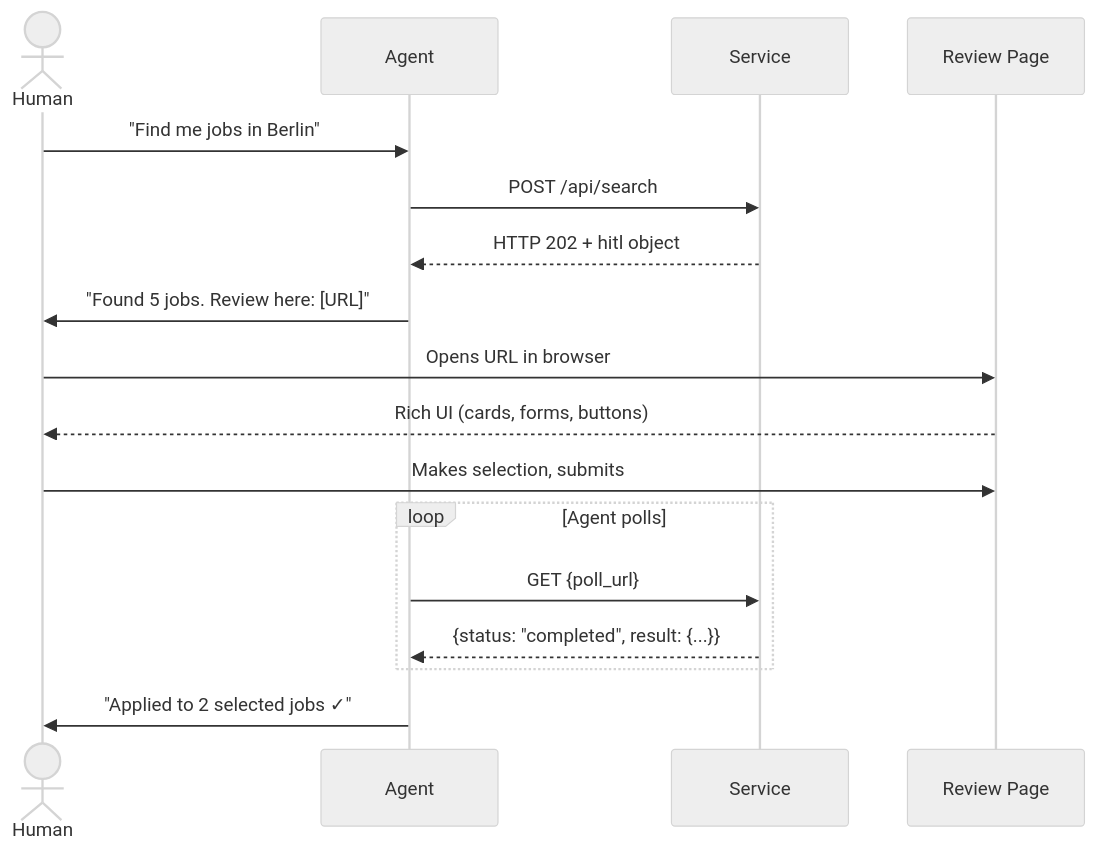
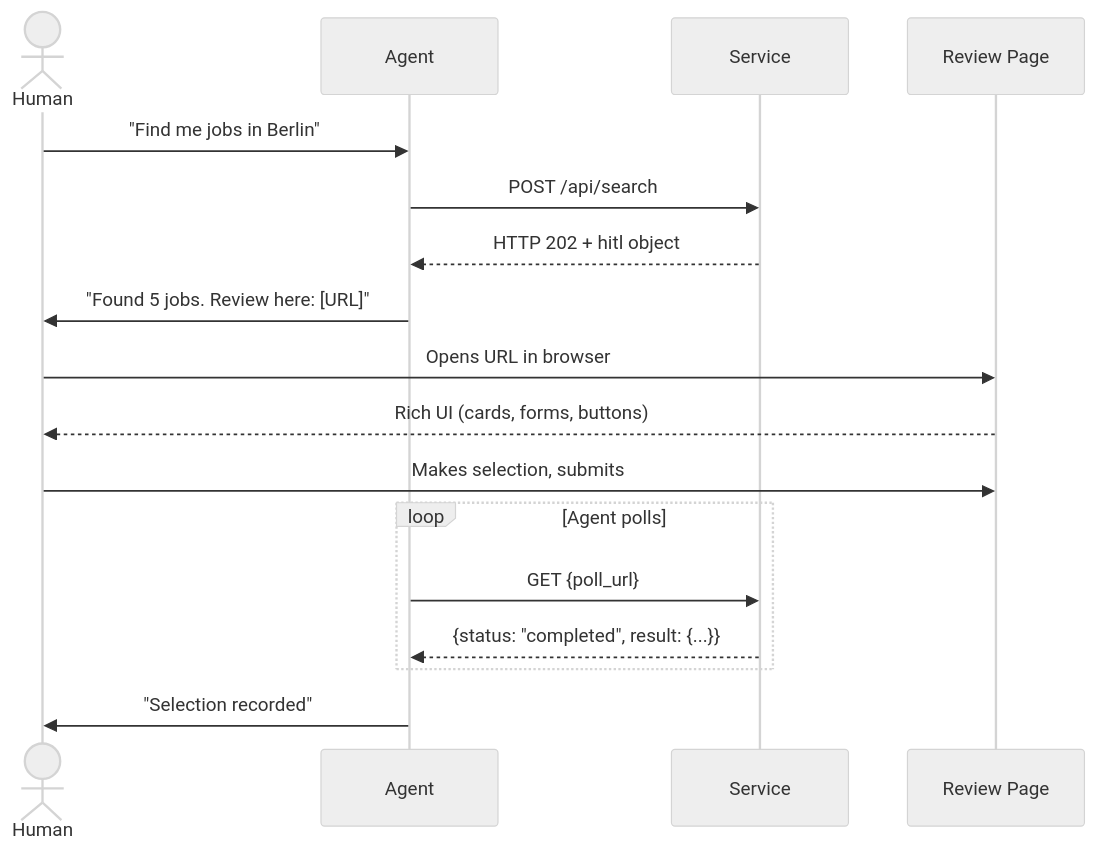
The first of 2 diagrams in README.md (rotorstar/hitl-protocol), drawn with Mermaid (neutral theme) before and after one commit. The commit also changed other lines of this file and 190 other files, not shown here.

````diff
--- a/README.md
+++ b/README.md
@@ -81,20 +85,20 @@
 ```mermaid
 sequenceDiagram
     actor H as Human
     participant A as Agent
     participant S as Service
     participant P as Review Page
 
     H->>A: "Find me jobs in Berlin"
     A->>S: POST /api/search
     S-->>A: HTTP 202 + hitl object
     A->>H: "Found 5 jobs. Review here: [URL]"
     H->>P: Opens URL in browser
     P-->>H: Rich UI (cards, forms, buttons)
     H->>P: Makes selection, submits
     loop Agent polls
         A->>S: GET {poll_url}
         S-->>A: {status: "completed", result: {...}}
     end
-    A->>H: "Applied to 2 selected jobs ✓"
+    A->>H: "Selection recorded"
 ```
````
